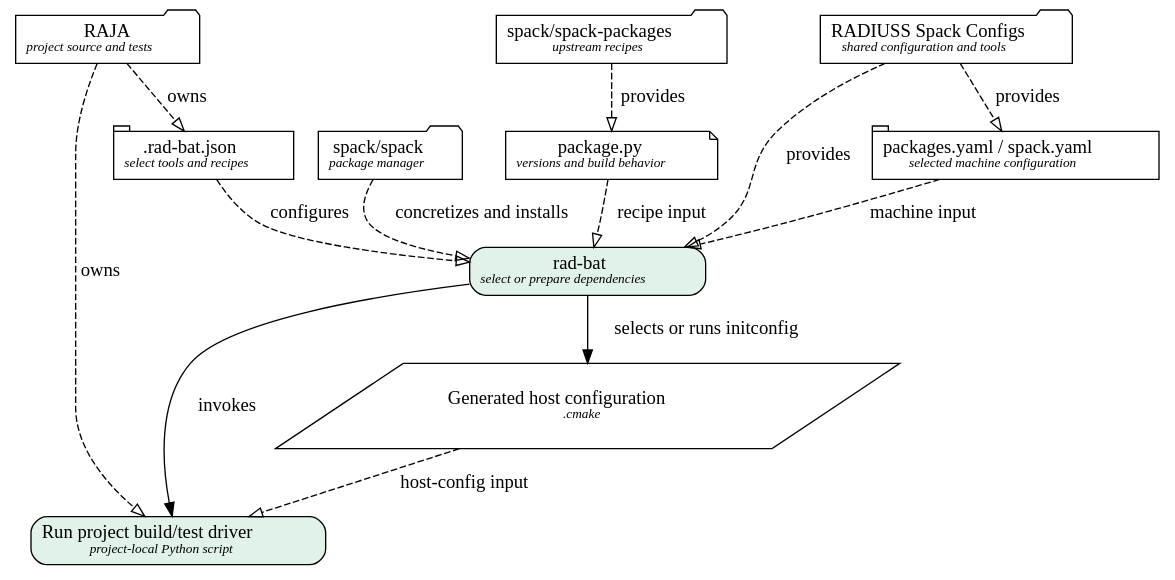
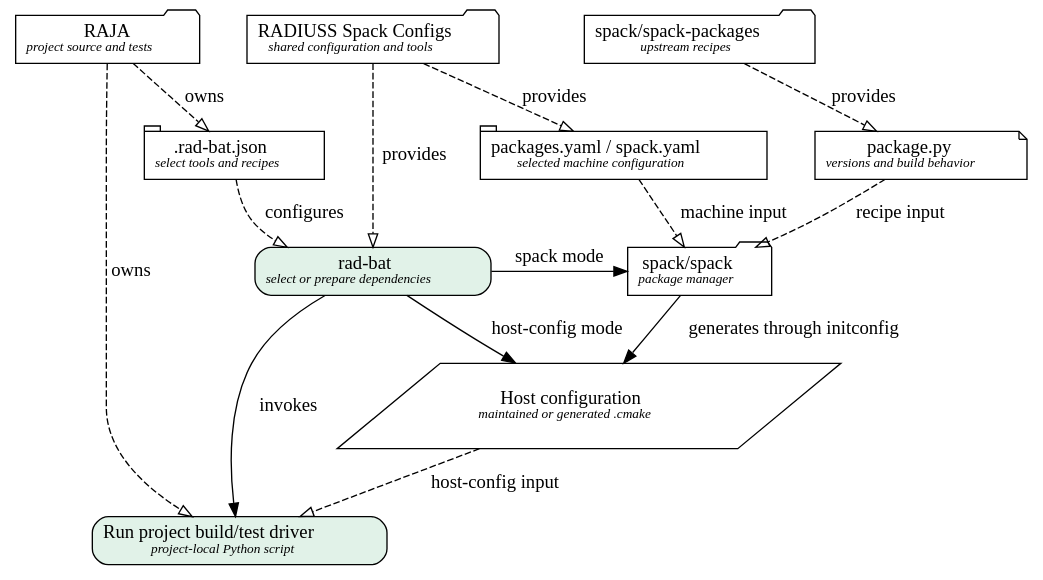
One commit to llnl/radiuss-spack-configs changed the diagram in docs/sphinx/figures/components.dot. Above: the diagram before and after it, drawn with Graphviz.

Commit message:
docs: separate Spack inputs in component diagram

```diff
--- a/docs/sphinx/figures/components.dot
+++ b/docs/sphinx/figures/components.dot
@@ -1,68 +1,84 @@
 // SPDX-License-Identifier: MIT
 digraph components {
   rankdir=TB;
   project [
     label=<RAJA<BR/><FONT POINT-SIZE="10"><I>project source and tests</I></FONT>>,
     shape=folder,
-    fillcolor="#e3edf7"
+    fillcolor="#e3edf7",
+    group=project
   ];
   settings [
     label=<.rad-bat.json<BR/><FONT POINT-SIZE="10"><I>select tools and recipes</I></FONT>>,
     shape=tab,
-    fillcolor="#eee8f5"
+    fillcolor="#eee8f5",
+    group=project
   ];
   spack [
     label=<spack/spack<BR/><FONT POINT-SIZE="10"><I>package manager</I></FONT>>,
     shape=folder,
-    fillcolor="#e3edf7"
+    fillcolor="#e3edf7",
+    group=spack
   ];
   recipes [
     label=<spack/spack-packages<BR/><FONT POINT-SIZE="10"><I>upstream recipes</I></FONT>>,
     shape=folder,
-    fillcolor="#e3edf7"
+    fillcolor="#e3edf7",
+    group=recipes
   ];
   recipe [
     label=<package.py<BR/><FONT POINT-SIZE="10"><I>versions and build behavior</I></FONT>>,
     shape=note,
-    fillcolor="#fff2cf"
+    fillcolor="#fff2cf",
+    group=recipes
   ];
   configs [
     label=<RADIUSS Spack Configs<BR/><FONT POINT-SIZE="10"><I>shared configuration and tools</I></FONT>>,
     shape=folder,
-    fillcolor="#e3edf7"
+    fillcolor="#e3edf7",
+    group=workflow
   ];
   machine [
     label=<packages.yaml / spack.yaml<BR/><FONT POINT-SIZE="10"><I>selected machine configuration</I></FONT>>,
     shape=tab,
-    fillcolor="#eee8f5"
+    fillcolor="#eee8f5",
+    group=machine
   ];
   radbat [
     label=<rad-bat<BR/><FONT POINT-SIZE="10"><I>select or prepare dependencies</I></FONT>>,
     shape=box,
     style="rounded,filled",
-    fillcolor="#e1f2e8"
+    fillcolor="#e1f2e8",
+    group=workflow
   ];
   host [
-    label=<Generated host configuration<BR/><FONT POINT-SIZE="10"><I>.cmake</I></FONT>>,
+    label=<Host configuration<BR/><FONT POINT-SIZE="10"><I>maintained or generated .cmake</I></FONT>>,
     shape=parallelogram,
-    fillcolor="#dcf2f4"
+    fillcolor="#dcf2f4",
+    group=workflow
   ];
   driver [
     label=<Run project build/test driver<BR/><FONT POINT-SIZE="10"><I>project-local Python script</I></FONT>>,
     shape=box,
     style="rounded,filled",
-    fillcolor="#e1f2e8"
+    fillcolor="#e1f2e8",
+    group=workflow
   ];
+  { rank=same; project; configs; recipes; }
+  { rank=same; settings; machine; recipe; }
+  { rank=same; radbat; spack; }
+  project -> configs -> recipes [style=invis, weight=100];
+  settings -> machine -> recipe [style=invis, weight=100];
   project -> settings [style=dashed, arrowhead=empty, label="owns"];
   project -> driver [style=dashed, arrowhead=empty, label="owns"];
   settings -> radbat [style=dashed, arrowhead=empty, label="configures"];
   recipes -> recipe [style=dashed, arrowhead=empty, label="provides"];
   configs -> machine [style=dashed, arrowhead=empty, label="provides"];
-  configs -> radbat [style=dashed, arrowhead=empty, label="provides"];
-  spack -> radbat [style=dashed, arrowhead=empty, label="concretizes and installs"];
-  recipe -> radbat [style=dashed, arrowhead=empty, label="recipe input"];
-  machine -> radbat [style=dashed, arrowhead=empty, label="machine input"];
-  radbat -> host [label="selects or runs initconfig"];
+  configs -> radbat [style=dashed, arrowhead=empty, label="provides", weight=100];
+  recipe -> spack [style=dashed, arrowhead=empty, label="recipe input"];
+  machine -> spack [style=dashed, arrowhead=empty, label="machine input"];
+  radbat -> spack [label="spack mode"];
+  radbat -> host [label="host-config mode"];
+  spack -> host [label="generates through initconfig"];
   radbat -> driver [label="invokes"];
   host -> driver [style=dashed, arrowhead=empty, label="host-config input"];
 }
```
